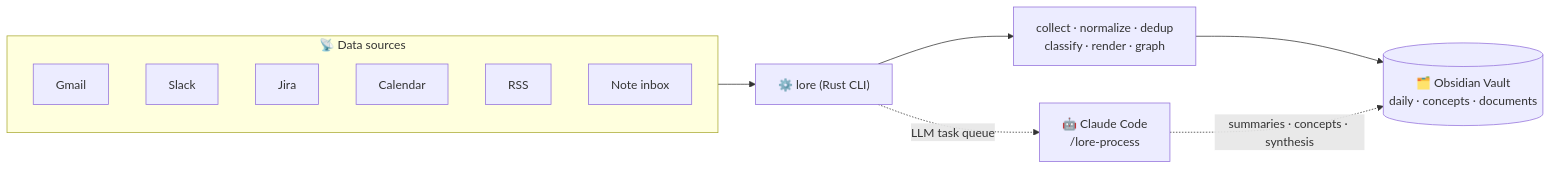
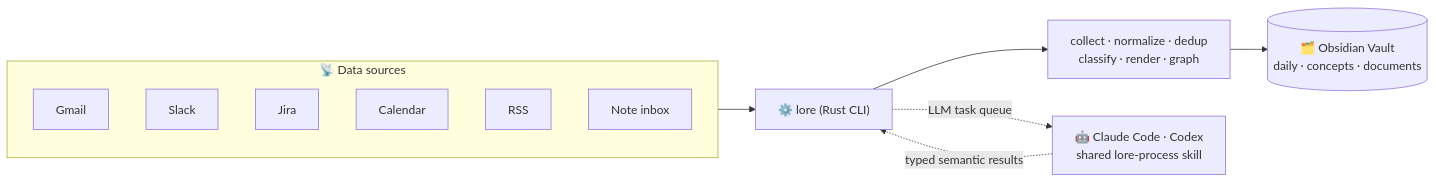
One commit to junyeong-ai/lorekeeper changed the first of 3 diagrams in README.en.md. Above: the diagram before and after it, drawn with Mermaid. The commit also changed other lines of this file and 1 other file, not shown here.

````diff
--- a/README.en.md
+++ b/README.en.md
@@ -35,17 +35,17 @@
 ```mermaid
 flowchart LR
     subgraph SRC["📡 Data sources"]
         direction TB
         G["Gmail"]
         S["Slack"]
         J["Jira"]
         C["Calendar"]
         R["RSS"]
         M["Note inbox"]
     end
     SRC --> L["⚙️ lore (Rust CLI)"]
     L --> P["collect · normalize · dedup<br/>classify · render · graph"]
     P --> V[("🗂️ Obsidian Vault<br/>daily · concepts · documents")]
-    L -. "LLM task queue" .-> CC["🤖 Claude Code<br/>/lore-process"]
-    CC -. "summaries · concepts · synthesis" .-> V
+    L -. "LLM task queue" .-> CC["🤖 Claude Code · Codex<br/>shared lore-process skill"]
+    CC -. "typed semantic results" .-> L
 ```
````
